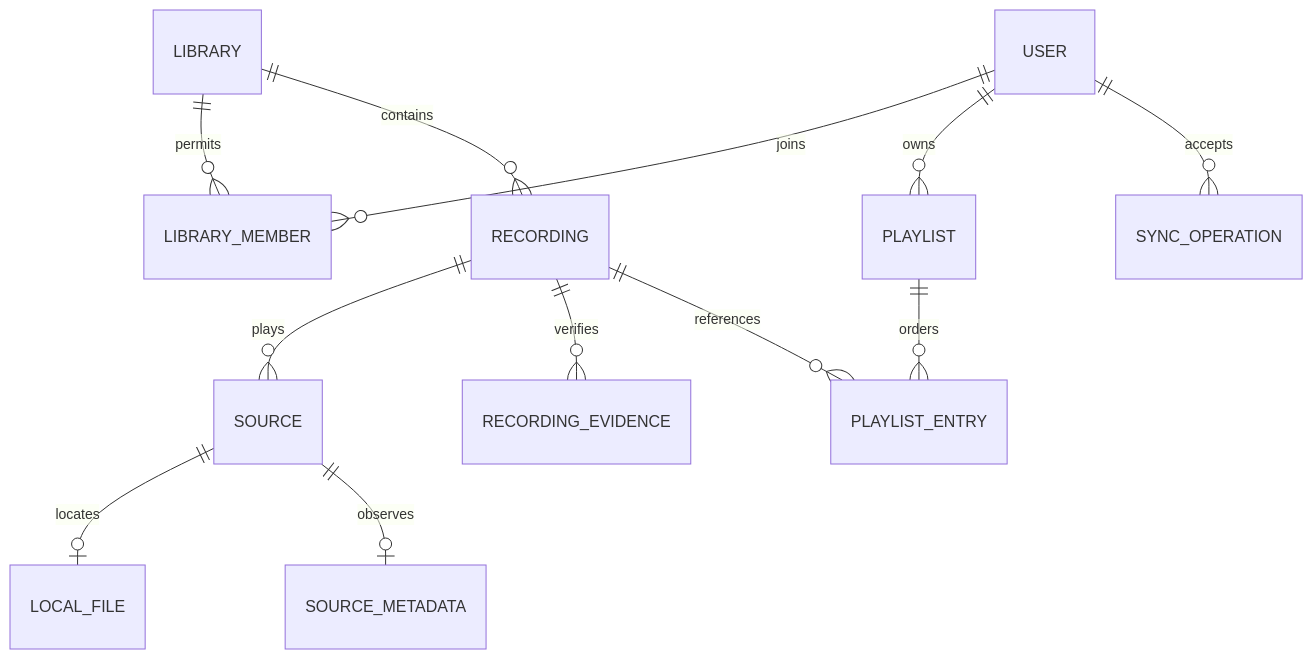
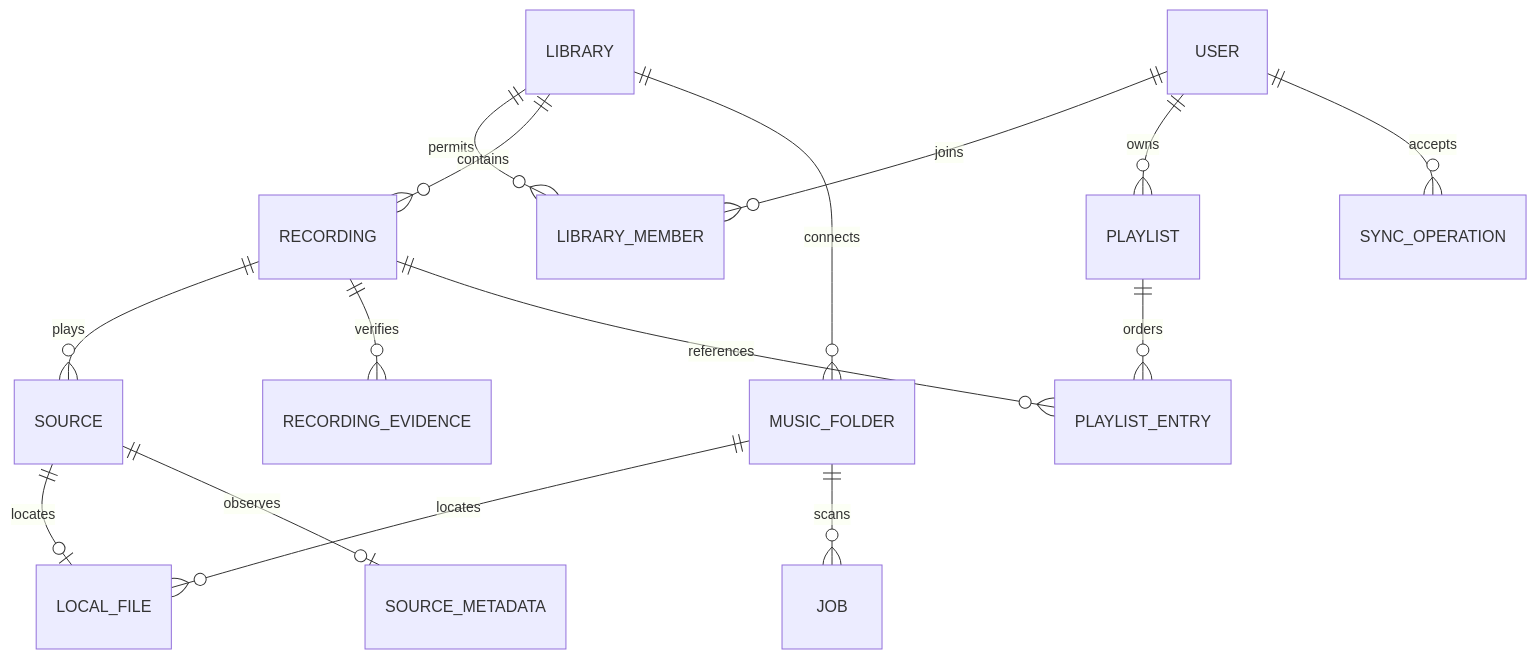
One commit to acidiney/hitoapp changed the second of 4 diagrams in docs/architecture.md. Above: the diagram before and after it, drawn with Mermaid. The commit also changed other lines of this file and 1 other file, not shown here.

Commit message:
docs: describe folder ownership and the current setup experience

````diff
--- a/docs/architecture.md
+++ b/docs/architecture.md
@@ -32,14 +32,17 @@
 ```mermaid
 erDiagram
   USER ||--o{ LIBRARY_MEMBER : joins
   LIBRARY ||--o{ LIBRARY_MEMBER : permits
   LIBRARY ||--o{ RECORDING : contains
+  LIBRARY ||--o{ MUSIC_FOLDER : connects
+  MUSIC_FOLDER ||--o{ LOCAL_FILE : locates
+  MUSIC_FOLDER ||--o{ JOB : scans
   RECORDING ||--o{ SOURCE : plays
   RECORDING ||--o{ RECORDING_EVIDENCE : verifies
   SOURCE ||--o| LOCAL_FILE : locates
   SOURCE ||--o| SOURCE_METADATA : observes
   USER ||--o{ PLAYLIST : owns
   PLAYLIST ||--o{ PLAYLIST_ENTRY : orders
   RECORDING ||--o{ PLAYLIST_ENTRY : references
   USER ||--o{ SYNC_OPERATION : accepts
 ```
````
